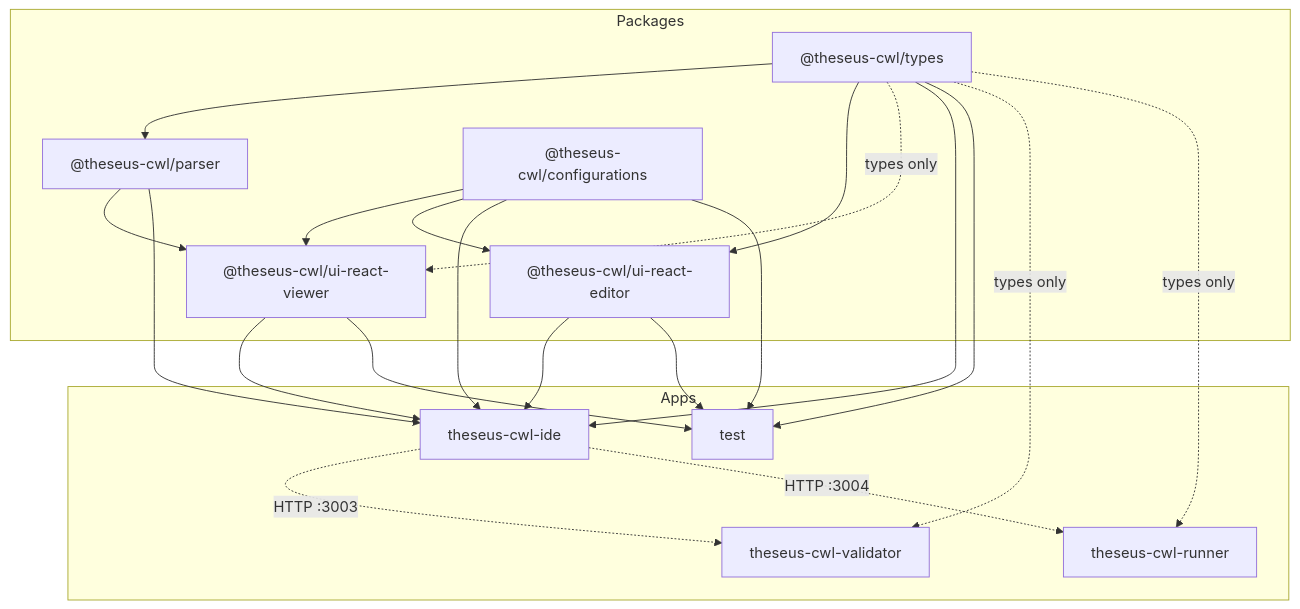
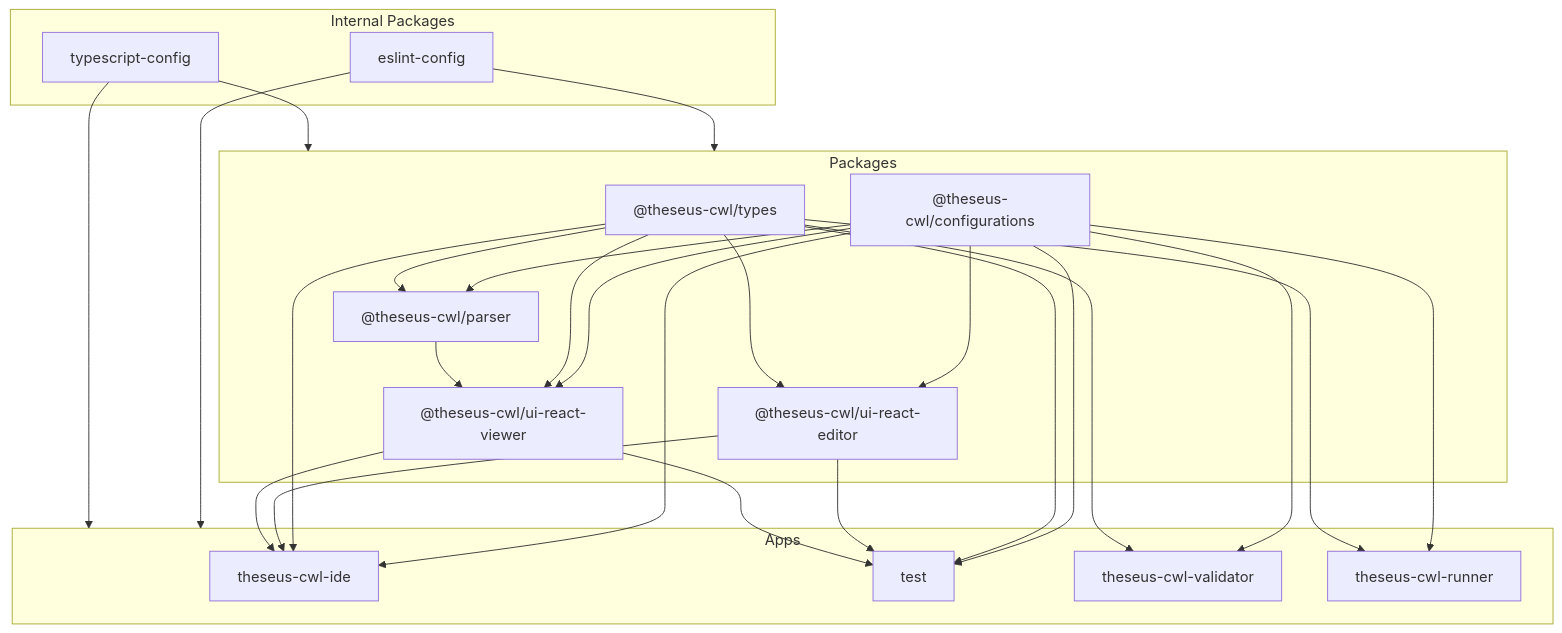
The diagram in README.md (Davide0097/theseus-cwl), drawn with Mermaid before and after one commit.

Commit message:
doc: review packages-apps  dependecies tree

````diff
--- a/README.md
+++ b/README.md
@@ -177,41 +175,51 @@
 ```mermaid
 graph TD
+  subgraph Internal Packages
+    typescript-config["typescript-config"]
+    eslint-config["eslint-config"]
+  end
+
   subgraph Packages
     types["@theseus-cwl/types"]
     parser["@theseus-cwl/parser"]
     configurations["@theseus-cwl/configurations"]
     viewer["@theseus-cwl/ui-react-viewer"]
     editor["@theseus-cwl/ui-react-editor"]
   end
 
   subgraph Apps
     ide["theseus-cwl-ide"]
     test["test"]
     validator["theseus-cwl-validator"]
     runner["theseus-cwl-runner"]
   end
 
+  eslint-config --> Apps
+  typescript-config --> Apps
+  eslint-config --> Packages
+  typescript-config --> Packages
+  
+  configurations --> parser
+  configurations --> editor
+  configurations --> viewer
+  configurations --> test
+  configurations --> ide
+  configurations --> validator
+  configurations --> runner
+
   types --> parser
   types --> editor
-  types -.types only.-> viewer
+  types --> viewer
+  types --> test
+  types --> ide
+  types --> validator
+  types --> runner
+
   parser --> viewer
-  configurations --> viewer
-  configurations --> editor
 
-  types --> ide
-  parser --> ide
-  configurations --> ide
-  viewer --> ide
+  editor --> test
   editor --> ide
 
-  types --> test
-  configurations --> test
   viewer --> test
-  editor --> test
-
-  types -.types only.-> validator
-  types -.types only.-> runner
-
-  ide -."HTTP :3003".-> validator
-  ide -."HTTP :3004".-> runner
+  viewer --> ide
 ```
````
